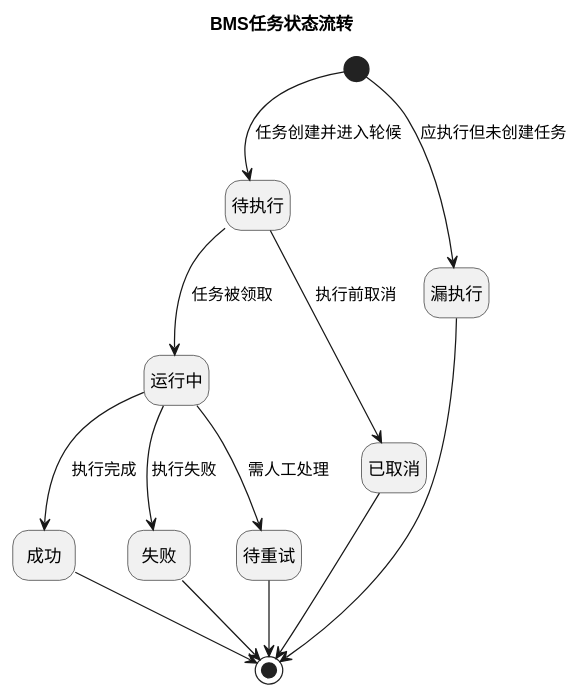
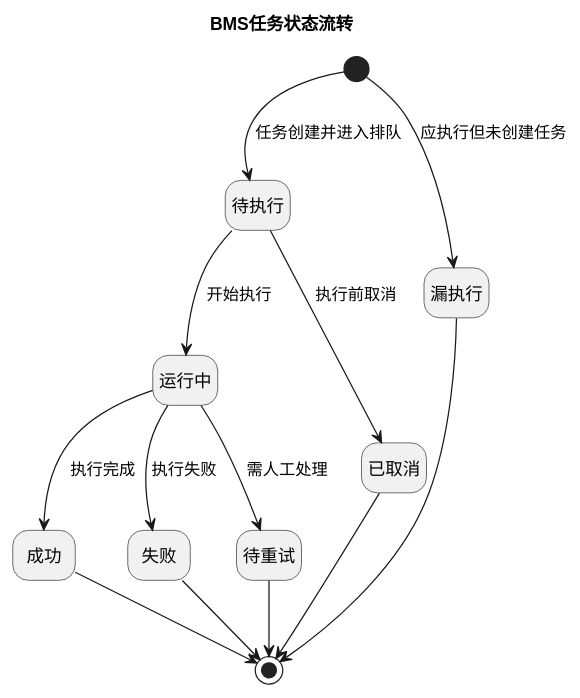
One commit to jack888332/projects-doc changed the fifth of 20 diagrams in product-caliber/bms/prd/财务系统.PRD.md. Above: the diagram before and after it, drawn with PlantUML. The commit also changed other lines of this file and 1 other file, not shown here.

````diff
--- a/product-caliber/bms/prd/财务系统.PRD.md
+++ b/product-caliber/bms/prd/财务系统.PRD.md
@@ -866,27 +873,27 @@
 ```plantuml
 @startuml
 title BMS任务状态流转
 hide empty description
 
 state "待执行" as Pending
 state "运行中" as Running
 state "成功" as Success
 state "失败" as Failed
 state "待重试" as NeedRetry
 state "已取消" as Cancelled
 state "漏执行" as Missed
 
-[*] --> Pending : 任务创建并进入轮候
+[*] --> Pending : 任务创建并进入排队
 [*] --> Missed : 应执行但未创建任务
-Pending --> Running : 任务被领取
+Pending --> Running : 开始执行
 Pending --> Cancelled : 执行前取消
 Running --> Success : 执行完成
 Running --> Failed : 执行失败
 Running --> NeedRetry : 需人工处理
 Success --> [*]
 Failed --> [*]
 NeedRetry --> [*]
 Cancelled --> [*]
 Missed --> [*]
 @enduml
 ```
````
